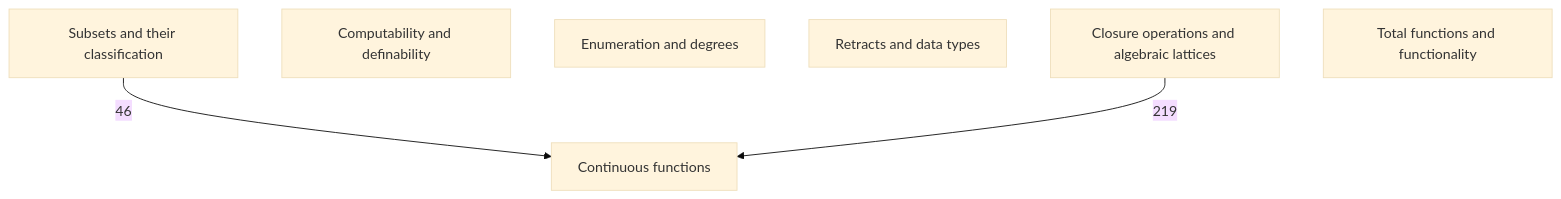
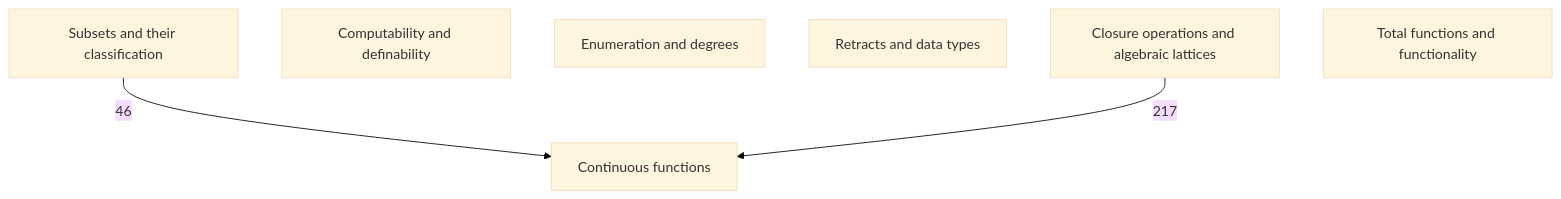
One commit to catskillsresearch/DomainTheory changed the diagram in DomainTheory/DataTypesAsLattices/1976_DataTypes.mermaid. Above: the diagram before and after it, drawn with Mermaid (base theme). The commit also changed 15 other files, not shown here.

```diff
--- a/DomainTheory/DataTypesAsLattices/1976_DataTypes.mermaid
+++ b/DomainTheory/DataTypesAsLattices/1976_DataTypes.mermaid
@@ -1,24 +1,24 @@
 %% Data types as lattices.
 %% Each box is a section. Arrowhead on the importer.
 %% The number is a direct-import count.
 %% An arrow already implied by a longer path is omitted.
 flowchart TB
 
   CLO["Closure operations and algebraic lattices"]
   COMP["Computability and definability"]
   CONT["Continuous functions"]
   ENUM["Enumeration and degrees"]
   RET["Retracts and data types"]
   CLASS["Subsets and their classification"]
   FUN["Total functions and functionality"]
 
   CLASS -->|"46"| CONT
-  CLO -->|"219"| CONT
+  CLO -->|"217"| CONT
 
   classDef c1 fill:#dcfce7,stroke:#15803d,color:#14532d
   classDef c2 fill:#cffafe,stroke:#0e7490,color:#164e63
   classDef c3 fill:#ffedd5,stroke:#c2410c,color:#7c2d12
   classDef c4 fill:#ecfccb,stroke:#4d7c0f,color:#365314
   classDef c5 fill:#f3e8ff,stroke:#7e22ce,color:#581c87
   classDef c6 fill:#fde68a,stroke:#a16207,color:#713f12
   classDef c7 fill:#e2e8f0,stroke:#334155,color:#0f172a
```
